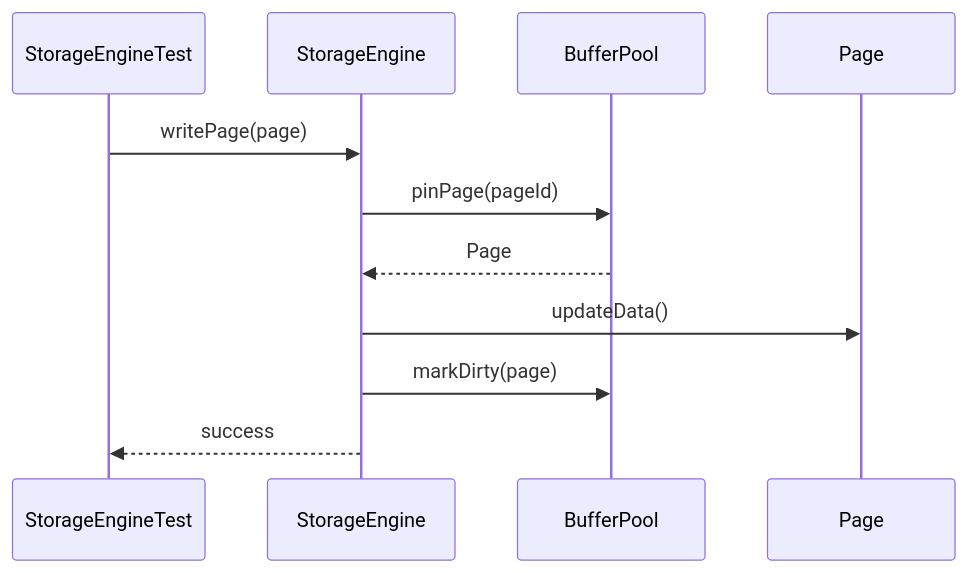
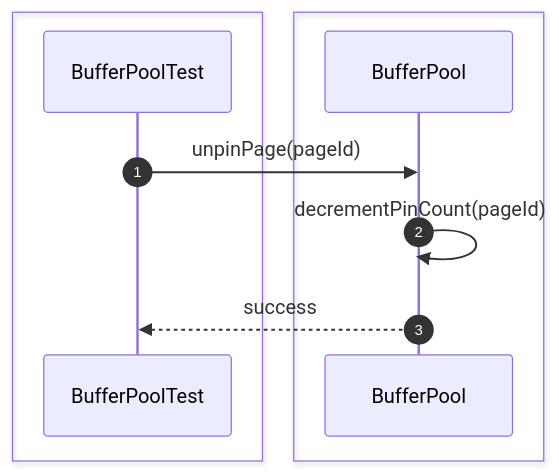
One commit to Huy1801214/dbms-architecture changed the second of 52 diagrams in src/sequence/storage-engine.md. Above: the diagram before and after it, drawn with Mermaid. The commit also changed other lines of this file and 10 other files, not shown here.

Commit message:
add comprehensive sequence diagrams and documentation for system architecture and unit testing specifications

````diff
--- a/src/sequence/storage-engine.md
+++ b/src/sequence/storage-engine.md
@@ -30,18 +23,15 @@
 ```mermaid
 sequenceDiagram
-    participant Test as StorageEngineTest
-    participant Engine as StorageEngine
+    autonumber
+
+    box #e1f5fe Test Suite
+    participant Test as BufferPoolTest
+    end
+    box #e0f2f1 Storage Components
     participant Buffer as BufferPool
-    participant Page
+    end
 
-    Test->>Engine: writePage(page)
-
-    Engine->>Buffer: pinPage(pageId)
-    Buffer-->>Engine: Page
-
-    Engine->>Page: updateData()
-
-    Engine->>Buffer: markDirty(page)
-
-    Engine-->>Test: success
-``` 
+    Test->>Buffer: unpinPage(pageId)
+    Buffer->>Buffer: decrementPinCount(pageId)
+    Buffer-->>Test: success
+```
````
